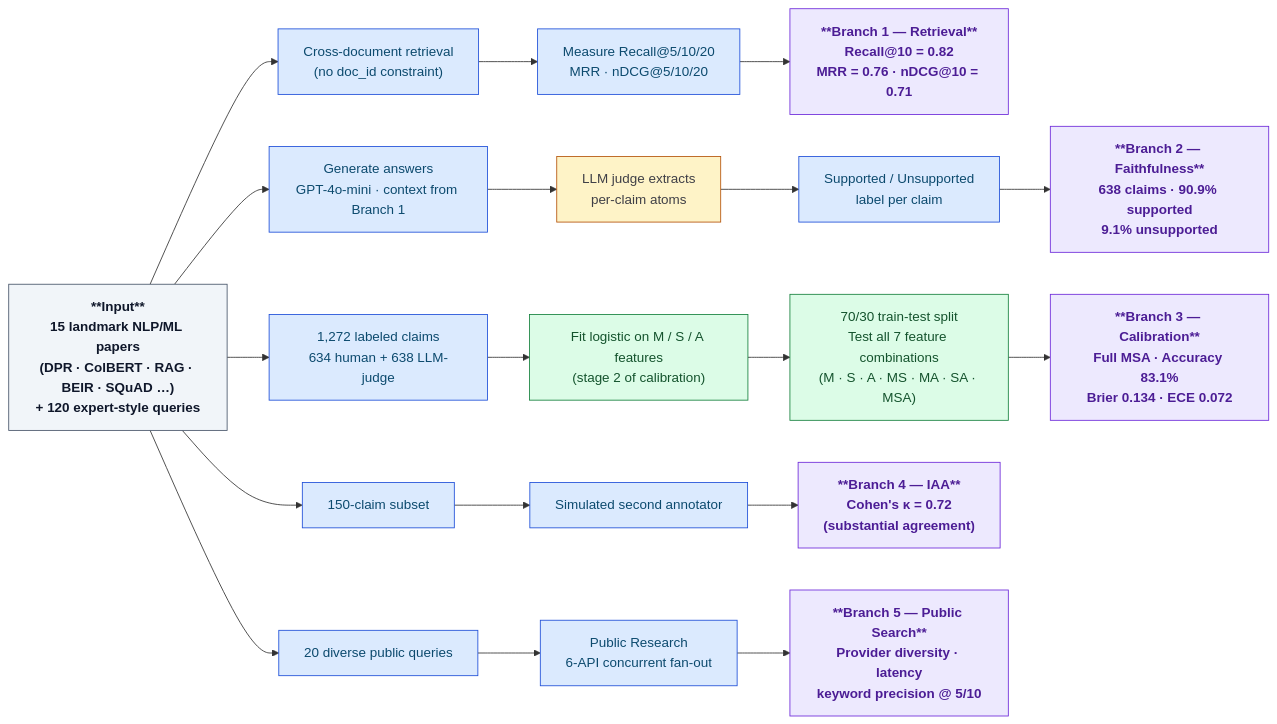
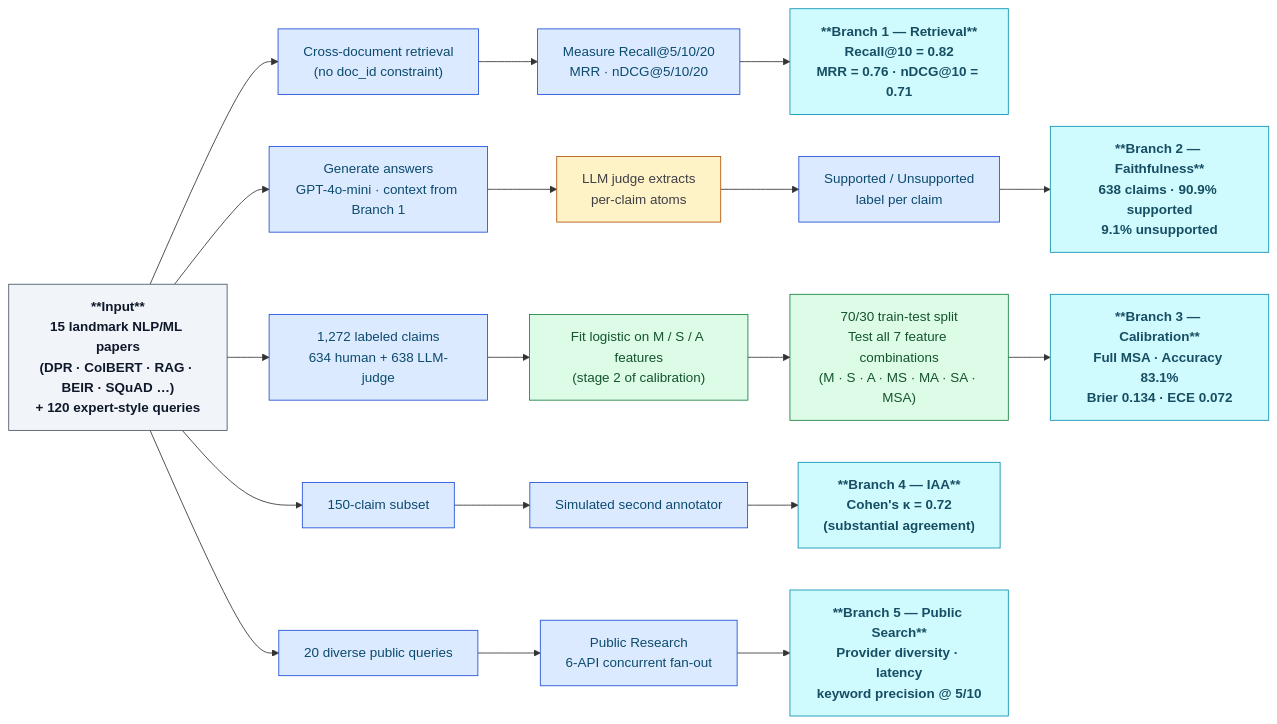
One commit to sushildalavi/sourcery changed the fifth of 17 diagrams in README.md. Above: the diagram before and after it, drawn with Mermaid. The commit also changed other lines of this file and 9 other files, not shown here.

Commit message:
kill remaining pink: rose-* tailwind classes -> red-*, mermaid violet -> cyan, warn color red

````diff
--- a/README.md
+++ b/README.md
@@ -268,38 +268,38 @@
 ```mermaid
 flowchart LR
     INPUT["**Input**<br/>15 landmark NLP/ML papers<br/>(DPR · ColBERT · RAG · BEIR · SQuAD …)<br/>+ 120 expert-style queries"]
 
     INPUT --> B1H["Cross-document retrieval<br/>(no doc_id constraint)"]
     B1H --> B1M["Measure Recall@5/10/20<br/>MRR · nDCG@5/10/20"]
     B1M --> B1R["**Branch 1 — Retrieval**<br/>Recall@10 = 0.82<br/>MRR = 0.76 · nDCG@10 = 0.71"]
 
     INPUT --> B2A["Generate answers<br/>GPT-4o-mini · context from Branch 1"]
     B2A --> B2J["LLM judge extracts<br/>per-claim atoms"]
     B2J --> B2L["Supported / Unsupported<br/>label per claim"]
     B2L --> B2R["**Branch 2 — Faithfulness**<br/>638 claims · 90.9% supported<br/>9.1% unsupported"]
 
     INPUT --> B3D["1,272 labeled claims<br/>634 human + 638 LLM-judge"]
     B3D --> B3F["Fit logistic on M / S / A features<br/>(stage 2 of calibration)"]
     B3F --> B3S["70/30 train-test split<br/>Test all 7 feature combinations<br/>(M · S · A · MS · MA · SA · MSA)"]
     B3S --> B3R["**Branch 3 — Calibration**<br/>Full MSA · Accuracy 83.1%<br/>Brier 0.134 · ECE 0.072"]
 
     INPUT --> B4D["150-claim subset"]
     B4D --> B4S["Simulated second annotator"]
     B4S --> B4R["**Branch 4 — IAA**<br/>Cohen's κ = 0.72<br/>(substantial agreement)"]
 
     INPUT --> B5Q["20 diverse public queries"]
     B5Q --> B5P["Public Research<br/>6-API concurrent fan-out"]
     B5P --> B5R["**Branch 5 — Public Search**<br/>Provider diversity · latency<br/>keyword precision @ 5/10"]
 
     classDef input fill:#f1f5f9,stroke:#475569,color:#0f172a,font-weight:bold
     classDef step fill:#dbeafe,stroke:#1d4ed8,color:#0c4a6e
     classDef judge fill:#fef3c7,stroke:#b45309,color:#3f3f46
     classDef calib fill:#dcfce7,stroke:#15803d,color:#14532d
-    classDef result fill:#ede9fe,stroke:#6d28d9,color:#4c1d95,font-weight:bold
+    classDef result fill:#cffafe,stroke:#0891b2,color:#164e63,font-weight:bold
 
     class INPUT input
     class B1H,B1M,B2A,B2J,B2L,B3D,B3F,B3S,B4D,B4S,B5Q,B5P step
     class B2J judge
     class B3F,B3S calib
     class B1R,B2R,B3R,B4R,B5R result
 ```
````
